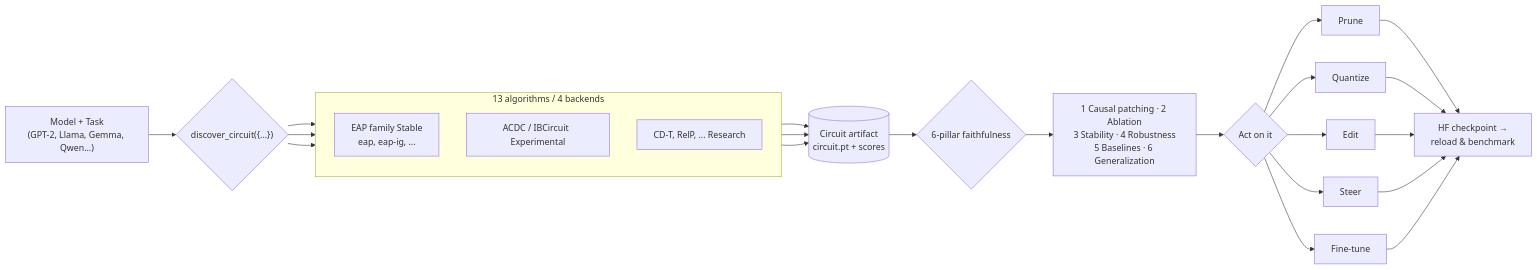
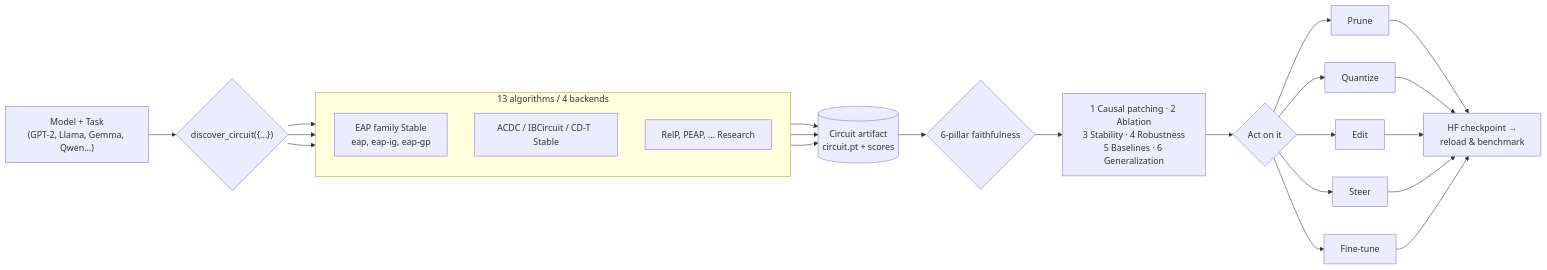
One commit to Lexsi-Labs/CircuitKIT changed the diagram in docs/index.md. Above: the diagram before and after it, drawn with Mermaid. The commit also changed other lines of this file and 27 other files, not shown here.

````diff
--- a/docs/index.md
+++ b/docs/index.md
@@ -131,27 +133,27 @@
 ```mermaid
 flowchart LR
     A["Model + Task<br/>(GPT-2, Llama, Gemma, Qwen...)"]
     A --> B{"discover_circuit({...})"}
 
     subgraph backends["13 algorithms / 4 backends"]
         direction TB
-        B1["EAP family  Stable<br/>eap, eap-ig, ..."]
-        B2["ACDC / IBCircuit  Experimental"]
-        B3["CD-T, RelP, ...  Research"]
+        B1["EAP family  Stable<br/>eap, eap-ig, eap-gp"]
+        B2["ACDC / IBCircuit / CD-T  Stable"]
+        B3["RelP, PEAP, ...  Research"]
     end
     B --> B1 & B2 & B3
 
     B1 & B2 & B3 --> C[("Circuit artifact<br/>circuit.pt + scores")]
 
     C --> D{"6-pillar faithfulness"}
     D --> D1["1 Causal patching · 2 Ablation<br/>3 Stability · 4 Robustness<br/>5 Baselines · 6 Generalization"]
 
     D1 --> E{"Act on it"}
     E --> E1["Prune"]
     E --> E2["Quantize"]
     E --> E3["Edit"]
     E --> E4["Steer"]
     E --> E5["Fine-tune"]
 
     E1 & E2 & E3 & E4 & E5 --> F["HF checkpoint →<br/>reload & benchmark"]
 ```
````
